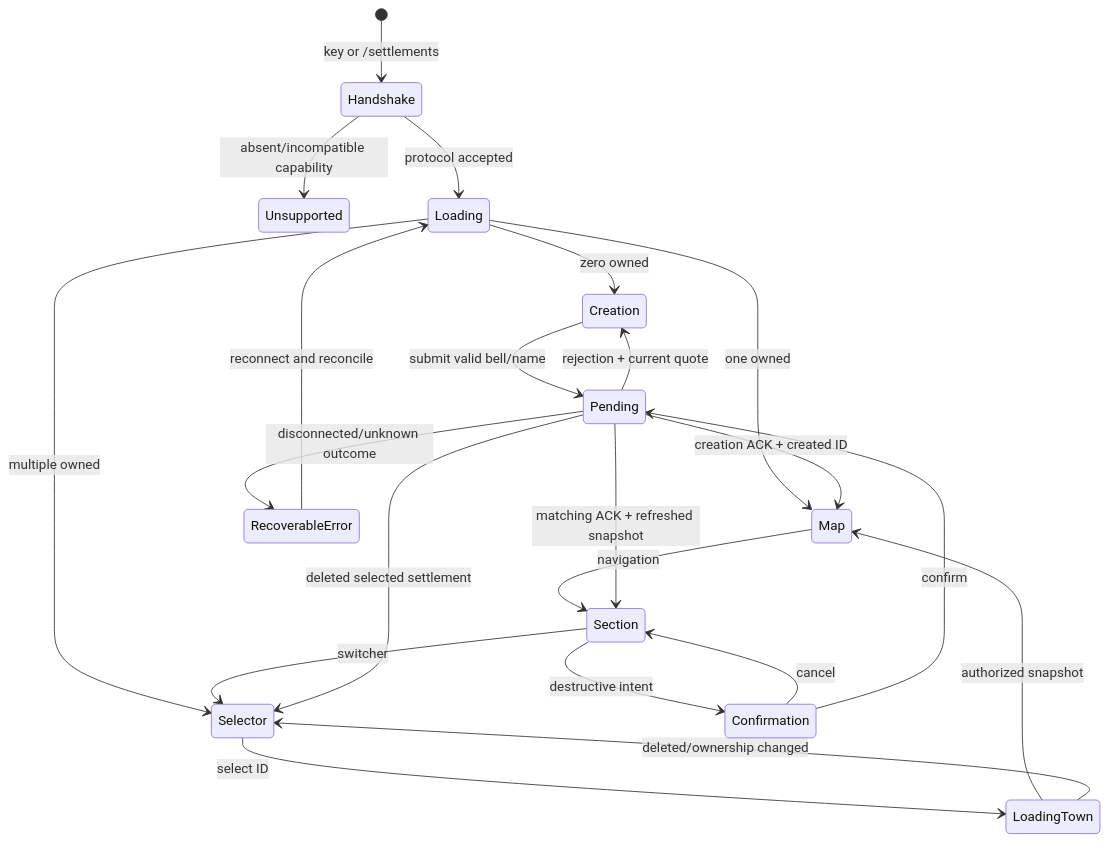
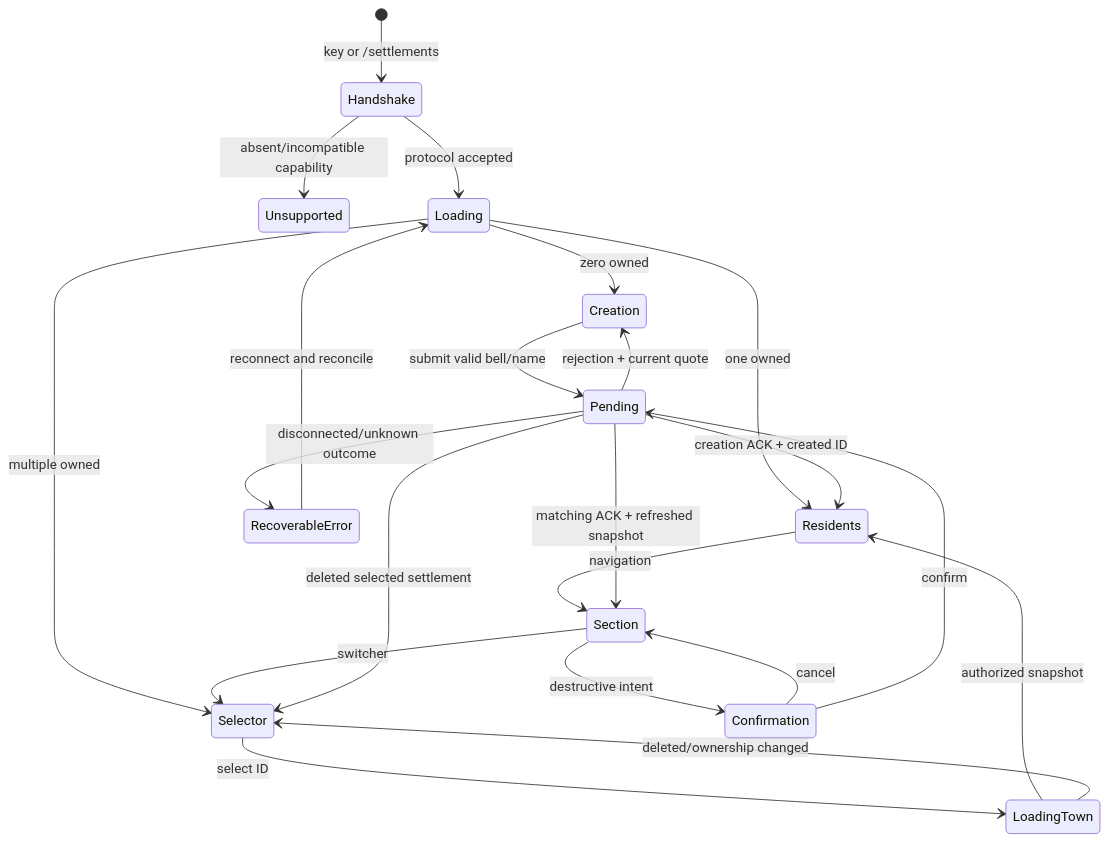
The diagram in Docs/settlements/standalone/GUI_STATE_MACHINE.md (Siirio/JustEnoughMods), drawn with Mermaid before and after one commit. The commit also changed other lines of this file and 53 other files, not shown here.

````diff
--- a/Docs/settlements/standalone/GUI_STATE_MACHINE.md
+++ b/Docs/settlements/standalone/GUI_STATE_MACHINE.md
@@ -13,24 +13,24 @@
 ```mermaid
 stateDiagram-v2
     [*] --> Handshake: key or /settlements
     Handshake --> Unsupported: absent/incompatible capability
     Handshake --> Loading: protocol accepted
     Loading --> Creation: zero owned
-    Loading --> Map: one owned
+    Loading --> Residents: one owned
     Loading --> Selector: multiple owned
     Selector --> LoadingTown: select ID
-    LoadingTown --> Map: authorized snapshot
+    LoadingTown --> Residents: authorized snapshot
     LoadingTown --> Selector: deleted/ownership changed
     Creation --> Pending: submit valid bell/name
-    Pending --> Map: creation ACK + created ID
+    Pending --> Residents: creation ACK + created ID
     Pending --> Creation: rejection + current quote
-    Map --> Section: navigation
+    Residents --> Section: navigation
     Section --> Selector: switcher
     Section --> Confirmation: destructive intent
     Confirmation --> Section: cancel
     Confirmation --> Pending: confirm
     Pending --> Selector: deleted selected settlement
     Pending --> Section: matching ACK + refreshed snapshot
     Pending --> RecoverableError: disconnected/unknown outcome
     RecoverableError --> Loading: reconnect and reconcile
 ```
````
